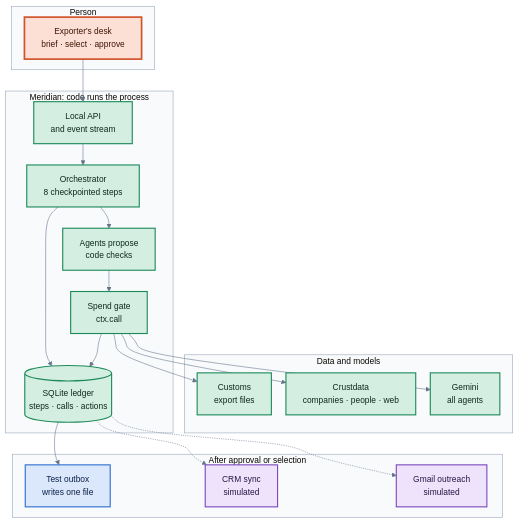
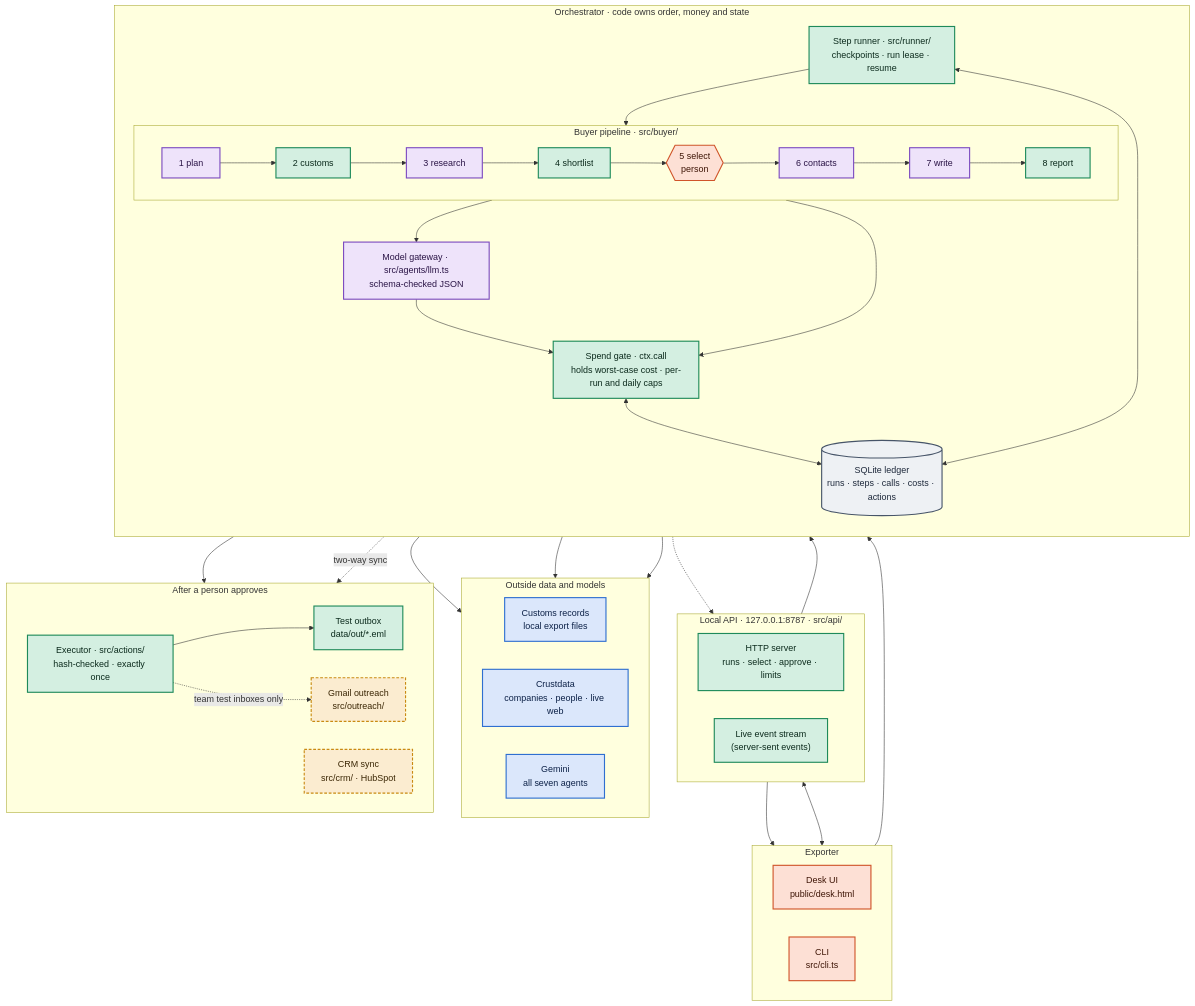
One commit to DityaSen29/tradescout changed the first of 4 diagrams in README.md. Above: the diagram before and after it, drawn with Mermaid. The commit also changed other lines of this file, not shown here.

First line of the commit message:
Restructure README and redraw architecture diagrams

````diff
--- a/README.md
+++ b/README.md
@@ -317,39 +60,72 @@
 ```mermaid
-%%{init: {"theme":"base","themeVariables":{"fontSize":"15px","lineColor":"#64748b","clusterBkg":"#f8fafc","clusterBorder":"#94a3b8","edgeLabelBackground":"#ffffff"},"flowchart":{"nodeSpacing":26,"rankSpacing":38,"curve":"basis"}}}%%
 flowchart TB
-  subgraph PEOPLE["Person"]
-    UI["Exporter's desk<br/>brief · select · approve"]:::human
+  subgraph USER["Exporter"]
+    direction LR
+    DESK["Desk UI<br/>public/desk.html"]
+    CLI["CLI<br/>src/cli.ts"]
   end
-  subgraph CORE["Meridian: code runs the process"]
-    API["Local API<br/>and event stream"]:::live
-    ORCH["Orchestrator<br/>8 checkpointed steps"]:::live
-    AG["Agents propose<br/>code checks"]:::live
-    GATE["Spend gate<br/>ctx.call"]:::live
-    DB[("SQLite ledger<br/>steps · calls · actions")]:::live
+
+  subgraph API["Local API · 127.0.0.1:8787 · src/api/"]
+    direction LR
+    SRV["HTTP server<br/>runs · select · approve · limits"]
+    EVT["Live event stream<br/>(server-sent events)"]
   end
-  subgraph DATA["Data and models"]
-    CU["Customs<br/>export files"]:::live
-    CD["Crustdata<br/>companies · people · web"]:::live
-    GM["Gemini<br/>all agents"]:::live
+
+  subgraph CORE["Orchestrator · code owns order, money and state"]
+    direction TB
+    RUN["Step runner · src/runner/<br/>checkpoints · run lease · resume"]
+    subgraph STEPS["Buyer pipeline · src/buyer/"]
+      direction LR
+      S1["1 plan"] --> S2["2 customs"] --> S3["3 research"] --> S4["4 shortlist"] --> S5{{"5 select<br/>person"}} --> S6["6 contacts"] --> S7["7 write"] --> S8["8 report"]
+    end
+    LLM["Model gateway · src/agents/llm.ts<br/>schema-checked JSON"]
+    GATE["Spend gate · ctx.call<br/>holds worst-case cost · per-run and daily caps"]
+    LEDGER[("SQLite ledger<br/>runs · steps · calls · costs · actions")]
   end
-  subgraph OUT["After approval or selection"]
-    BOX["Test outbox<br/>writes one file"]:::tested
-    CRM["CRM sync<br/>simulated"]:::sim
-    MAIL["Gmail outreach<br/>simulated"]:::sim
+
+  subgraph EXT["Outside data and models"]
+    direction LR
+    CUS["Customs records<br/>local export files"]
+    CRUST["Crustdata<br/>companies · people · live web"]
+    GEM["Gemini<br/>all seven agents"]
   end
-  UI --> API --> ORCH
-  ORCH --> AG --> GATE
-  ORCH --> DB
-  GATE --> DB
-  GATE --> CU & CD & GM
-  DB --> BOX
-  DB -.-> CRM
-  DB -.-> MAIL
-  CU ~~~ BOX
-  CD ~~~ CRM
-  GM ~~~ MAIL
-  classDef live fill:#d4efe1,stroke:#1e8a5a,stroke-width:2px,color:#0b2a1c
-  classDef tested fill:#dbe7fb,stroke:#2f6fd0,stroke-width:2px,color:#0c2147
-  classDef sim fill:#eee3fa,stroke:#7c4bc0,stroke-width:2px,color:#2a1446
-  classDef human fill:#fde0d5,stroke:#d0542a,stroke-width:3px,color:#3d1405
+
+  subgraph OUT["After a person approves"]
+    direction LR
+    EXEC["Executor · src/actions/<br/>hash-checked · exactly once"]
+    BOX["Test outbox<br/>data/out/*.eml"]
+    MAIL["Gmail outreach<br/>src/outreach/"]
+    CRM["CRM sync<br/>src/crm/ · HubSpot"]
+  end
+
+  DESK <--> SRV
+  EVT --> DESK
+  CLI --> RUN
+  SRV --> RUN
+  RUN --> STEPS
+  RUN -.-> EVT
+  STEPS --> LLM --> GATE
+  STEPS --> GATE
+  GATE --> CRUST
+  GATE --> GEM
+  STEPS --> CUS
+  GATE <--> LEDGER
+  RUN <--> LEDGER
+  LEDGER --> EXEC --> BOX
+  EXEC -. "team test inboxes only" .-> MAIL
+  LEDGER -. "two-way sync" .-> CRM
+
+  classDef human fill:#fde0d5,stroke:#d0542a,stroke-width:2px,color:#3d1405
+  classDef code fill:#d4efe1,stroke:#1e8a5a,stroke-width:2px,color:#0b2a1c
+  classDef agent fill:#eee3fa,stroke:#7c4bc0,stroke-width:2px,color:#2a1446
+  classDef ext fill:#dbe7fb,stroke:#2f6fd0,stroke-width:2px,color:#0c2147
+  classDef sim fill:#fbecd0,stroke:#c98a12,stroke-width:2px,stroke-dasharray:5 3,color:#3a2604
+  classDef store fill:#eef1f4,stroke:#475569,stroke-width:2px,color:#1e293b
+
+  class DESK,CLI,S5 human
+  class SRV,EVT,RUN,GATE,EXEC,BOX,S2,S4,S8 code
+  class LLM,S1,S3,S6,S7 agent
+  class CUS,CRUST,GEM ext
+  class MAIL,CRM sim
+  class LEDGER store
 ```
````
